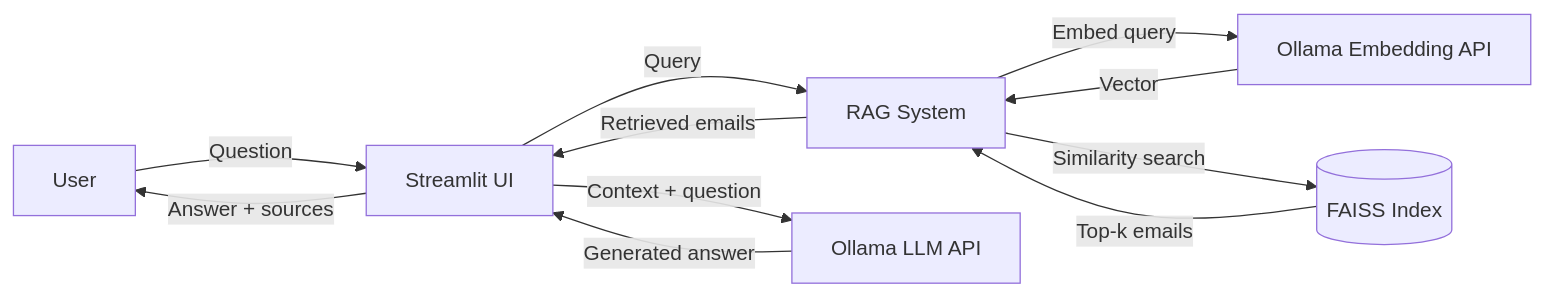
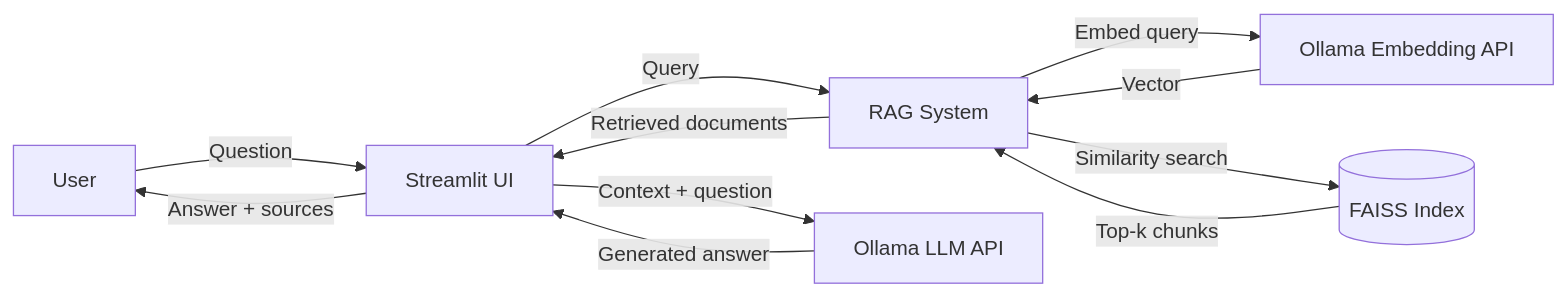
One commit to MattiaLupinetti02/local_RAG changed the second of 3 diagrams in README.md. Above: the diagram before and after it, drawn with Mermaid. The commit also changed other lines of this file, not shown here.

````diff
--- a/README.md
+++ b/README.md
@@ -89,13 +92,13 @@
 ```mermaid
 flowchart LR
     User[User] -->|Question| Streamlit[Streamlit UI]
     Streamlit -->|Query| RAG[RAG System]
     RAG -->|Embed query| OllamaEmb[Ollama Embedding API]
     OllamaEmb -->|Vector| RAG
     RAG -->|Similarity search| FAISS[(FAISS Index)]
-    FAISS -->|Top‑k emails| RAG
-    RAG -->|Retrieved emails| Streamlit
+    FAISS -->|Top‑k chunks| RAG
+    RAG -->|Retrieved documents| Streamlit
     Streamlit -->|Context + question| OllamaLLM[Ollama LLM API]
     OllamaLLM -->|Generated answer| Streamlit
     Streamlit -->|Answer + sources| User
 ```
````
